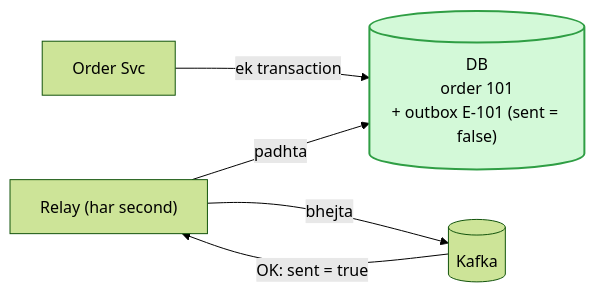
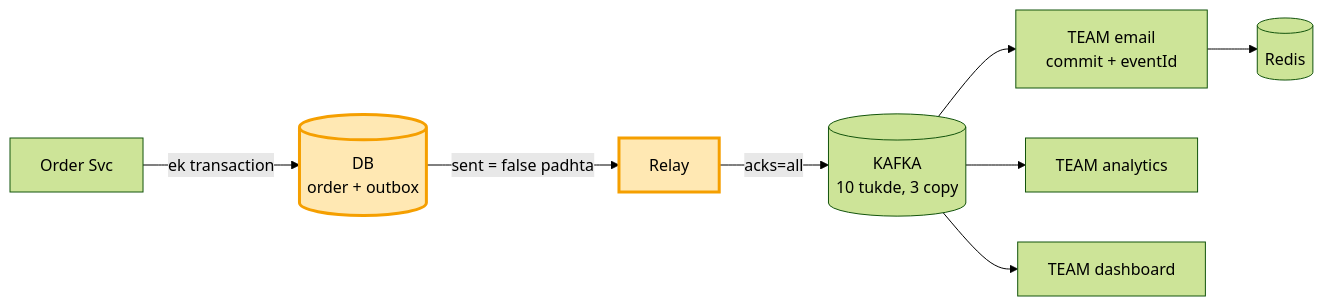
Diagram 16 of 18 in 04_HLD/SYSTEM_DESIGNS/12_message_queue_kafka/kafka_seedha.md (ArpanMaheshwari144/Prep), drawn with Mermaid (forest theme) before and after one commit. The commit also changed other lines of this file, not shown here.

Commit message:
kafka seedha: ek behti kahani, label nahi, har kadam ka design pichhle ko badhata

````diff
--- a/04_HLD/SYSTEM_DESIGNS/12_message_queue_kafka/kafka_seedha.md
+++ b/04_HLD/SYSTEM_DESIGNS/12_message_queue_kafka/kafka_seedha.md
@@ -328,8 +369,12 @@
 ```mermaid
 flowchart LR
-    O["Order Svc"] -- "ek transaction" --> D[("DB<br/>order 101<br/>+ outbox E-101 (sent = false)")]
-    R["Relay (har second)"] -- padhta --> D
-    R -- bhejta --> K[("Kafka")]
-    K -- "OK: sent = true" --> R
-    style D fill:#d3f9d8,stroke:#2f9e44,stroke-width:2px,color:#000
+    O["Order Svc"] -- "ek transaction" --> DB[("DB<br/>order + outbox")]
+    DB -- "sent = false padhta" --> RL["Relay"]
+    RL -- "acks=all" --> K[("KAFKA<br/>10 tukde, 3 copy")]
+    K --> E["TEAM email<br/>commit + eventId"]
+    E --> R[("Redis")]
+    K --> A["TEAM analytics"]
+    K --> D["TEAM dashboard"]
+    style DB fill:#ffe8b3,stroke:#f59f00,stroke-width:3px,color:#000
+    style RL fill:#ffe8b3,stroke:#f59f00,stroke-width:3px,color:#000
 ```
````
